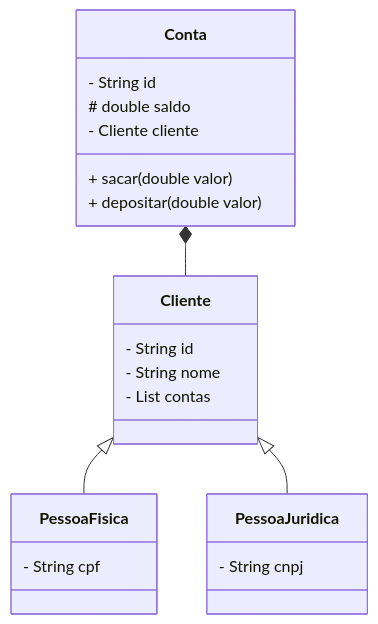
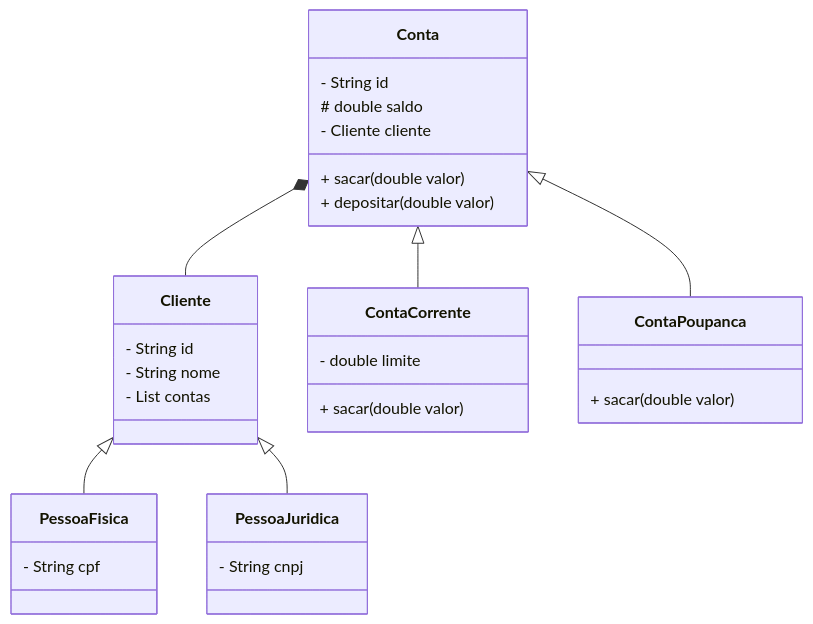
One commit to akemi-m/mercadinho-backend changed the second of 2 diagrams in README.md. Above: the diagram before and after it, drawn with Mermaid. The commit also changed 2 other files, not shown here.

Commit message:
try/catch

````diff
--- a/README.md
+++ b/README.md
@@ -123,24 +123,33 @@
 ``` mermaid
 classDiagram
     class Conta {
         - String id
         # double saldo
         - Cliente cliente
         + sacar(double valor)
         + depositar(double valor)
     }
     class Cliente {
         - String id
         - String nome
         - List<Conta> contas
     }
     class PessoaFisica {
         - String cpf
     }
     class PessoaJuridica {
         - String cnpj
     }
+    class ContaCorrente {
+        - double limite
+        + sacar(double valor)
+    }
+    class ContaPoupanca {
+        + sacar(double valor)
+    }
     Conta *-- Cliente
+    Conta <|-- ContaCorrente
+    Conta <|-- ContaPoupanca
     Cliente <|-- PessoaFisica
     Cliente <|-- PessoaJuridica
 ```
````
